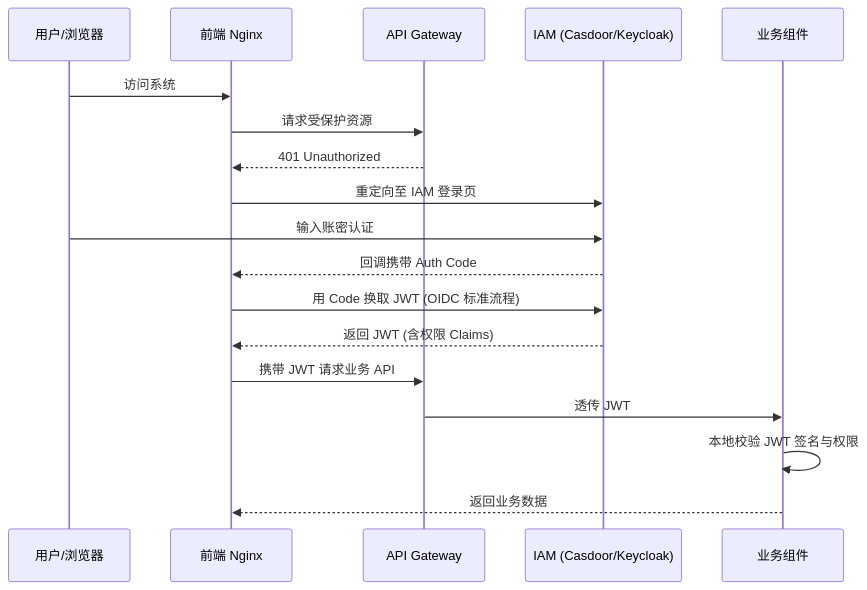
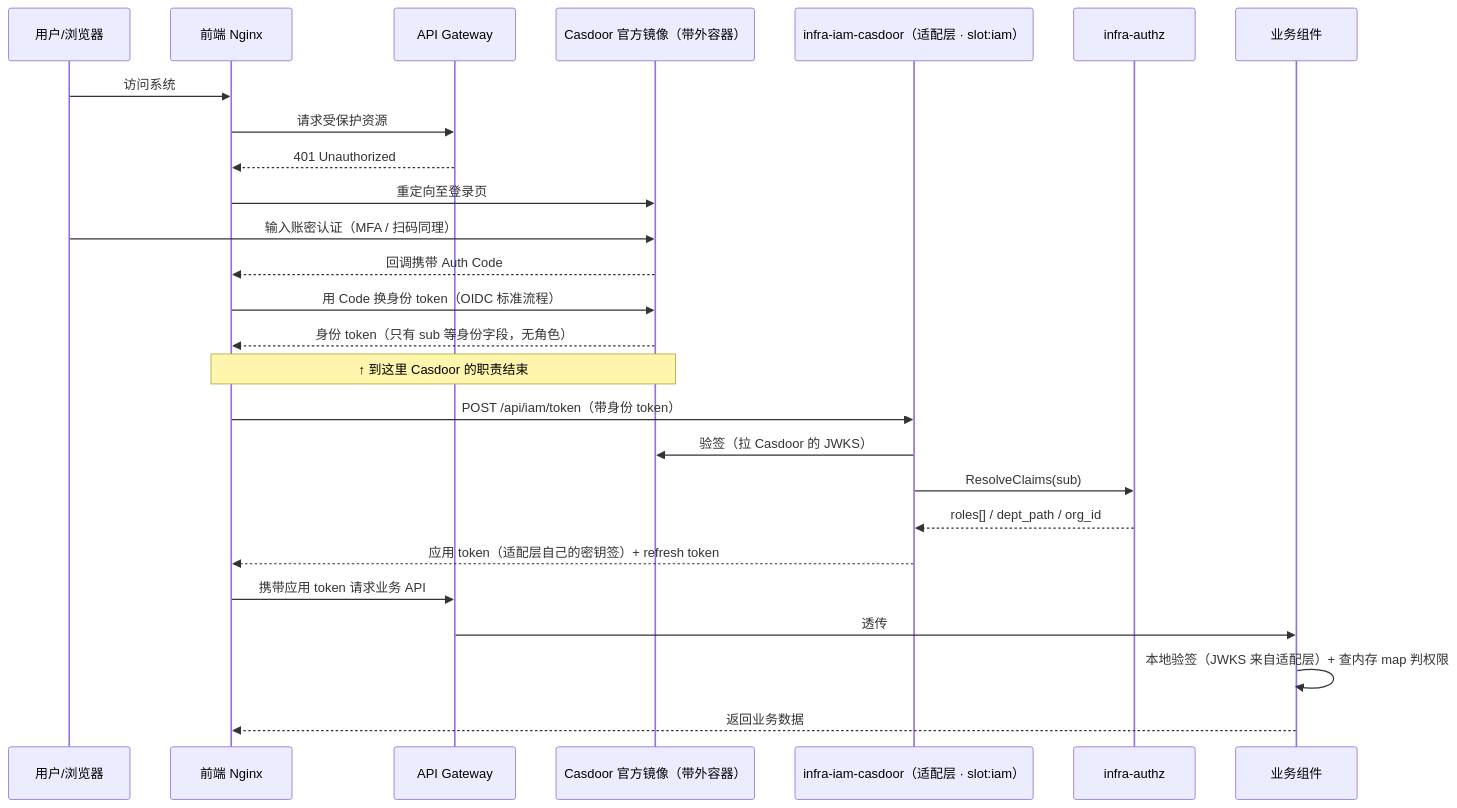
Before and after one commit to brickKit/be-assembly-standard: the seventh of 9 diagrams in BrickEnterprise 设计书.md, drawn with Mermaid. The commit also changed other lines of this file and 3 other files, not shown here.

First line of the commit message:
fix(design): 推翻 infra-iam-casdoor 的 claims 镜像方案，改成两个 token

````diff
--- a/BrickEnterprise 设计书.md
+++ b/BrickEnterprise 设计书.md
@@ -3497,20 +3506,28 @@
 ```mermaid
 sequenceDiagram
     participant User as 用户/浏览器
     participant FE as 前端 Nginx
     participant GW as API Gateway
-    participant IAM as IAM (Casdoor/Keycloak)
+    participant CAS as Casdoor 官方镜像（带外容器）
+    participant ADP as infra-iam-casdoor（适配层 · slot:iam）
+    participant AUTHZ as infra-authz
     participant Biz as 业务组件
     User->>FE: 访问系统
     FE->>GW: 请求受保护资源
     GW-->>FE: 401 Unauthorized
-    FE->>IAM: 重定向至 IAM 登录页
-    User->>IAM: 输入账密认证
-    IAM-->>FE: 回调携带 Auth Code
-    FE->>IAM: 用 Code 换取 JWT (OIDC 标准流程)
-    IAM-->>FE: 返回 JWT (含权限 Claims)
-    FE->>GW: 携带 JWT 请求业务 API
-    GW->>Biz: 透传 JWT
-    Biz->>Biz: 本地校验 JWT 签名与权限
+    FE->>CAS: 重定向至登录页
+    User->>CAS: 输入账密认证（MFA / 扫码同理）
+    CAS-->>FE: 回调携带 Auth Code
+    FE->>CAS: 用 Code 换身份 token（OIDC 标准流程）
+    CAS-->>FE: 身份 token（只有 sub 等身份字段，无角色）
+    Note over FE,CAS: ↑ 到这里 Casdoor 的职责结束
+    FE->>ADP: POST /api/iam/token（带身份 token）
+    ADP->>CAS: 验签（拉 Casdoor 的 JWKS）
+    ADP->>AUTHZ: ResolveClaims(sub)
+    AUTHZ-->>ADP: roles[] / dept_path / org_id
+    ADP-->>FE: 应用 token（适配层自己的密钥签）+ refresh token
+    FE->>GW: 携带应用 token 请求业务 API
+    GW->>Biz: 透传
+    Biz->>Biz: 本地验签（JWKS 来自适配层）+ 查内存 map 判权限
     Biz-->>FE: 返回业务数据
 ```
````
